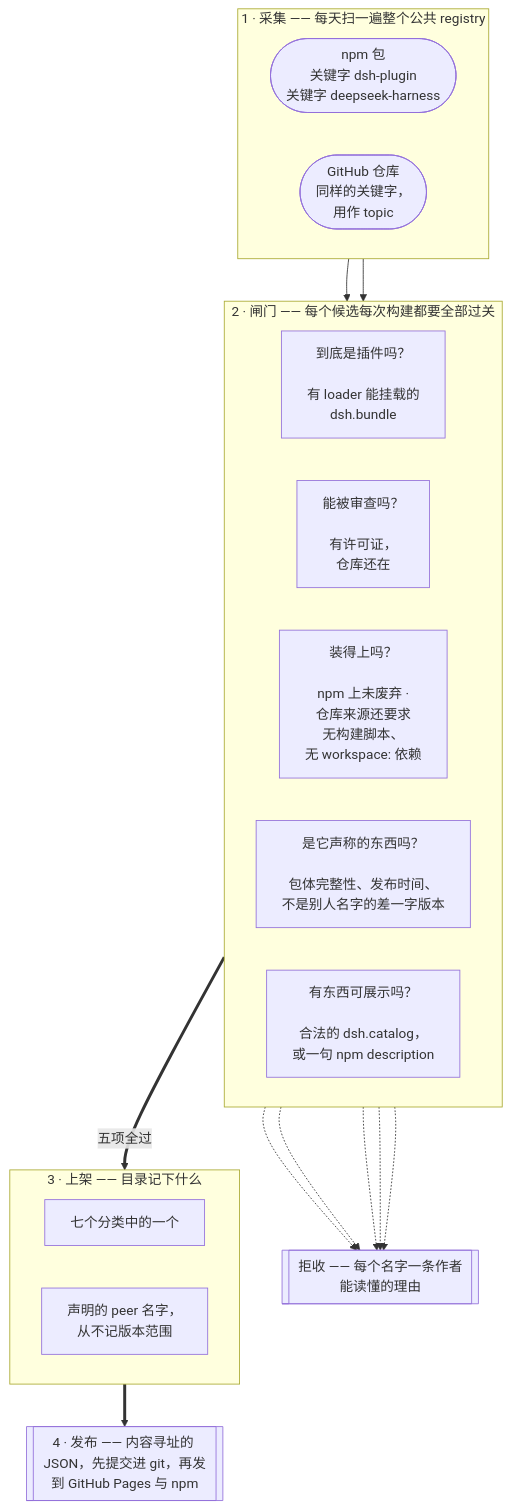
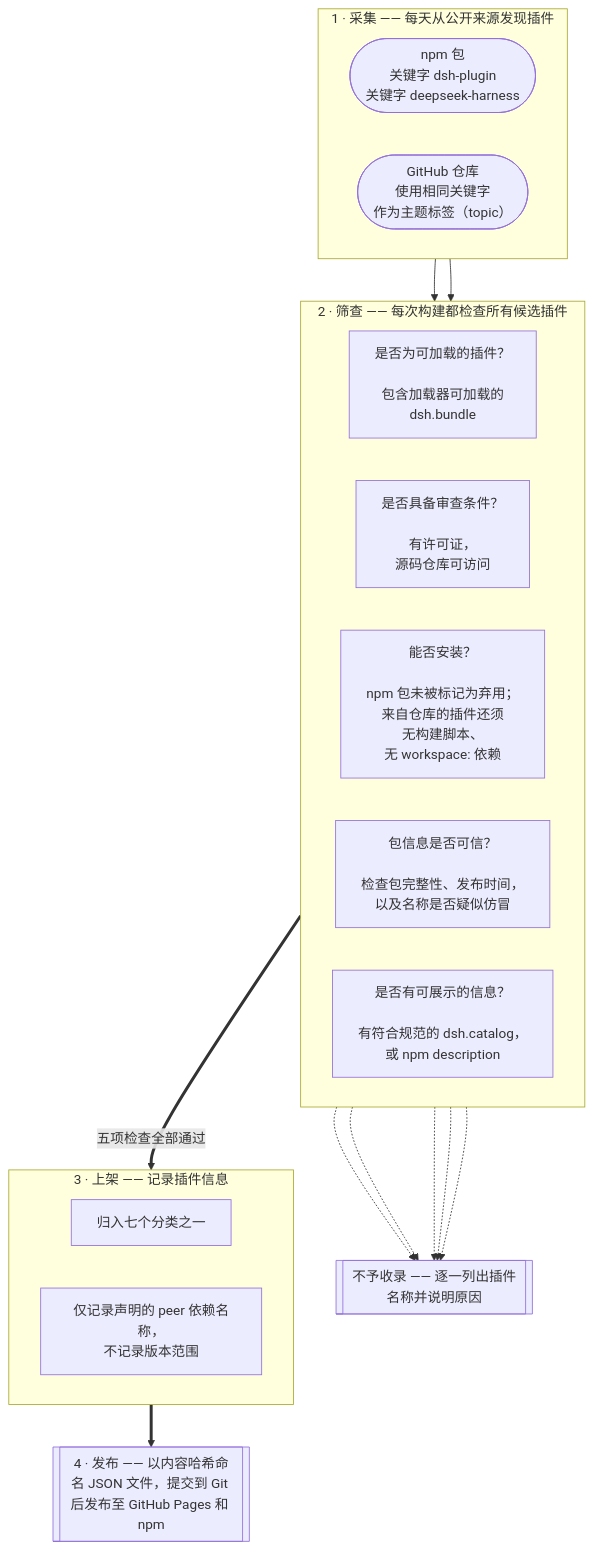
The first of 2 diagrams in README.zh.md (LivXue/dsh-plugin-shop), drawn with Mermaid before and after one commit. The commit also changed other lines of this file, not shown here.

````diff
--- a/README.zh.md
+++ b/README.zh.md
@@ -103,34 +105,34 @@
 ```mermaid
 flowchart TB
-  subgraph HARVEST["1 · 采集 —— 每天扫一遍整个公共 registry"]
+  subgraph HARVEST["1 · 采集 —— 每天从公开来源发现插件"]
     direction LR
     NPM(["npm 包<br/>关键字 dsh-plugin<br/>关键字 deepseek-harness"])
-    GH(["GitHub 仓库<br/>同样的关键字，<br/>用作 topic"])
+    GH(["GitHub 仓库<br/>使用相同关键字<br/>作为主题标签（topic）"])
   end
 
-  subgraph GATE["2 · 闸门 —— 每个候选每次构建都要全部过关"]
+  subgraph GATE["2 · 筛查 —— 每次构建都检查所有候选插件"]
     direction LR
-    G1["到底是插件吗？<br/><br/>有 loader 能挂载的<br/>dsh.bundle"]
-    G2["能被审查吗？<br/><br/>有许可证，<br/>仓库还在"]
-    G3["装得上吗？<br/><br/>npm 上未废弃 ·<br/>仓库来源还要求<br/>无构建脚本、<br/>无 workspace: 依赖"]
-    G4["是它声称的东西吗？<br/><br/>包体完整性、发布时间、<br/>不是别人名字的差一字版本"]
-    G5["有东西可展示吗？<br/><br/>合法的 dsh.catalog，<br/>或一句 npm description"]
+    G1["是否为可加载的插件？<br/><br/>包含加载器可加载的<br/>dsh.bundle"]
+    G2["是否具备审查条件？<br/><br/>有许可证，<br/>源码仓库可访问"]
+    G3["能否安装？<br/><br/>npm 包未被标记为弃用；<br/>来自仓库的插件还须<br/>无构建脚本、<br/>无 workspace: 依赖"]
+    G4["包信息是否可信？<br/><br/>检查包完整性、发布时间，<br/>以及名称是否疑似仿冒"]
+    G5["是否有可展示的信息？<br/><br/>有符合规范的 dsh.catalog，<br/>或 npm description"]
   end
 
-  subgraph SHELVE["3 · 上架 —— 目录记下什么"]
+  subgraph SHELVE["3 · 上架 —— 记录插件信息"]
     direction LR
-    CAT["七个分类中的一个"]
-    PEER["声明的 peer 名字，<br/>从不记版本范围"]
+    CAT["归入七个分类之一"]
+    PEER["仅记录声明的 peer 依赖名称，<br/>不记录版本范围"]
   end
 
   NPM --> G1
   GH --> G1
   G1 -.-> REJ
   G2 -.-> REJ
   G3 -.-> REJ
   G4 -.-> REJ
   G5 -.-> REJ
-  REJ[["拒收 —— 每个名字一条作者能读懂的理由"]]
-  G5 ==>|"五项全过"| CAT
-  PEER ==> PUB[["4 · 发布 —— 内容寻址的 JSON，先提交进 git，再发到 GitHub Pages 与 npm"]]
+  REJ[["不予收录 —— 逐一列出插件名称并说明原因"]]
+  G5 ==>|"五项检查全部通过"| CAT
+  PEER ==> PUB[["4 · 发布 —— 以内容哈希命名 JSON 文件，提交到 Git 后发布至 GitHub Pages 和 npm"]]
 ```
````
